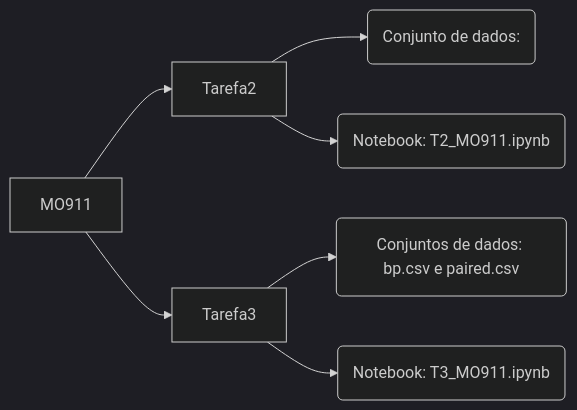
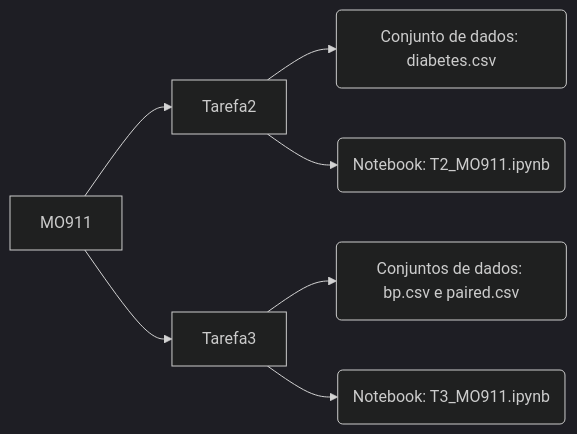
The diagram in README.md (jhessicasilva/Introducao-as-Metodologias-para-Elaboracao-de-Projeto-de-Pesquisa), drawn with Mermaid (dark theme) before and after one commit.

````diff
--- a/README.md
+++ b/README.md
@@ -9,9 +9,9 @@
 ```mermaid
 graph LR
 A[MO911] --> B[Tarefa2]
 A --> C[Tarefa3]
-B --> D(Conjunto de dados: )
+B --> D(Conjunto de dados: diabetes.csv)
 B --> E(Notebook: T2_MO911.ipynb)
 C --> F(Conjuntos de dados: bp.csv e paired.csv)
 C --> G(Notebook: T3_MO911.ipynb)
 ```
````
